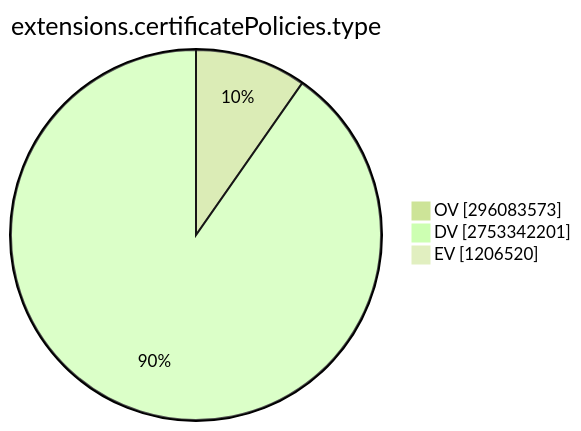
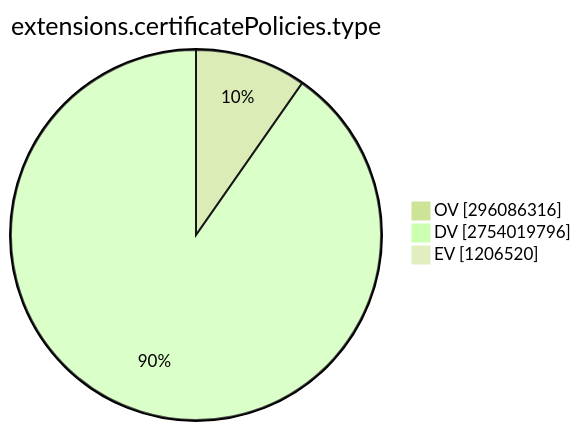
Before and after one commit to christiankrug/ctmonitor_visualization: the ninth of 15 diagrams in TOTAL/README.md, drawn with Mermaid (forest theme). The commit also changed other lines of this file, not shown here.

````diff
--- a/TOTAL/README.md
+++ b/TOTAL/README.md
@@ -3099,7 +3099,7 @@
 ```mermaid
 pie showData
 title extensions.certificatePolicies.type
-"OV" :296083573
-"DV" :2753342201
+"OV" :296086316
+"DV" :2754019796
 "EV" :1206520
 ```
````
